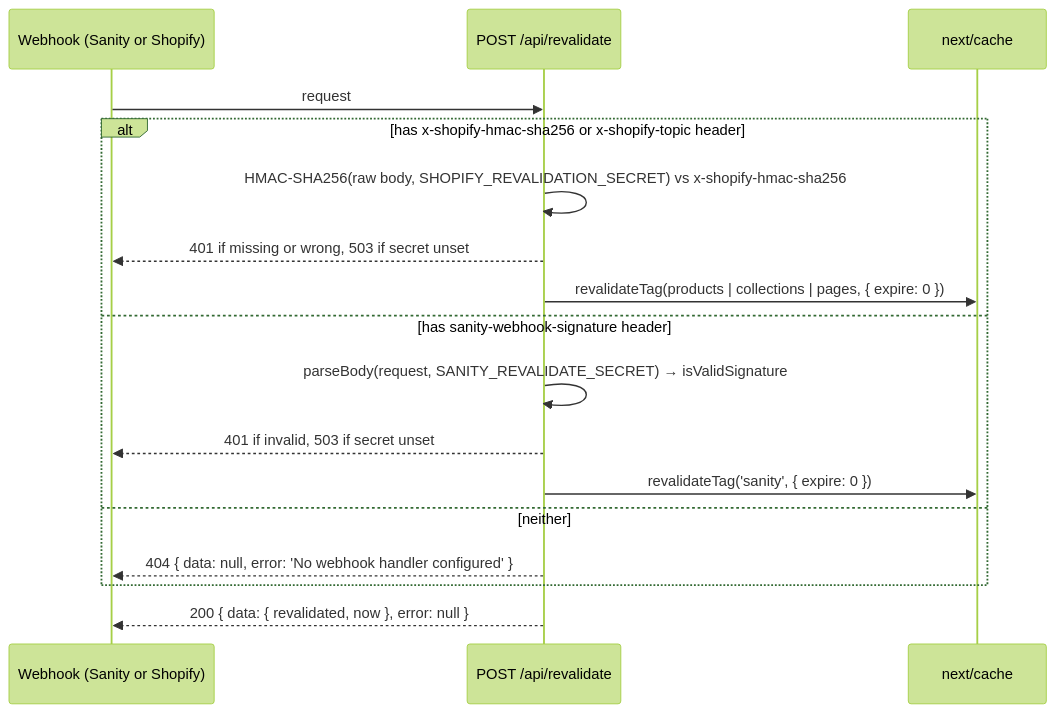
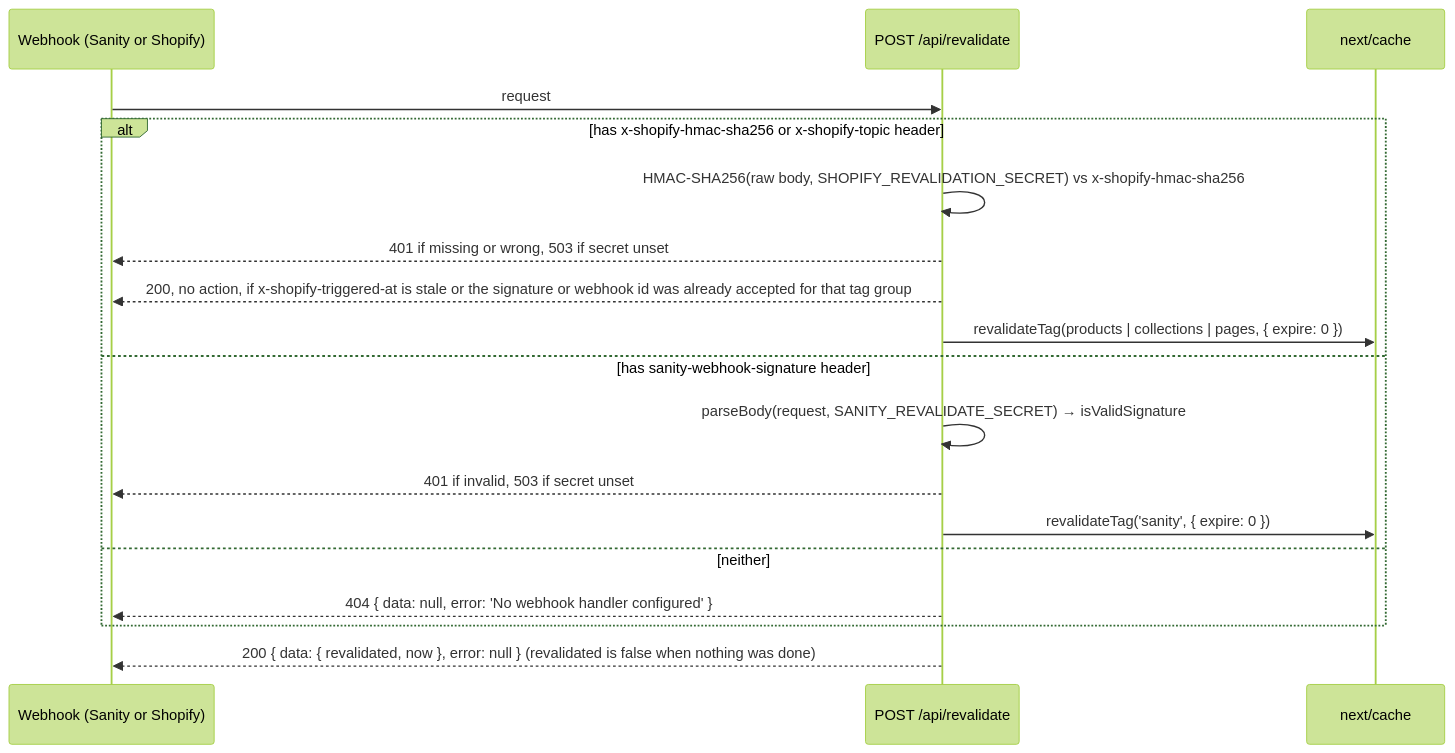
Before and after one commit to darkroomengineering/satus: the diagram in app/api/README.md, drawn with Mermaid (forest theme). The commit also changed other lines of this file and 7 other files, not shown here.

First line of the commit message:
fix: reject stale and replayed Shopify webhooks (OSS-188) (#653)

````diff
--- a/app/api/README.md
+++ b/app/api/README.md
@@ -62,19 +62,20 @@
 ```mermaid
 sequenceDiagram
     participant W as Webhook (Sanity or Shopify)
     participant R as POST /api/revalidate
     participant T as next/cache
     W->>R: request
     alt has x-shopify-hmac-sha256 or x-shopify-topic header
         R->>R: HMAC-SHA256(raw body, SHOPIFY_REVALIDATION_SECRET) vs x-shopify-hmac-sha256
         R-->>W: 401 if missing or wrong, 503 if secret unset
+        R-->>W: 200, no action, if x-shopify-triggered-at is stale or the signature or webhook id was already accepted for that tag group
         R->>T: revalidateTag(products | collections | pages, { expire: 0 })
     else has sanity-webhook-signature header
         R->>R: parseBody(request, SANITY_REVALIDATE_SECRET) → isValidSignature
         R-->>W: 401 if invalid, 503 if secret unset
         R->>T: revalidateTag('sanity', { expire: 0 })
     else neither
         R-->>W: 404 { data: null, error: 'No webhook handler configured' }
     end
-    R-->>W: 200 { data: { revalidated, now }, error: null }
+    R-->>W: 200 { data: { revalidated, now }, error: null } (revalidated is false when nothing was done)
 ```
````
